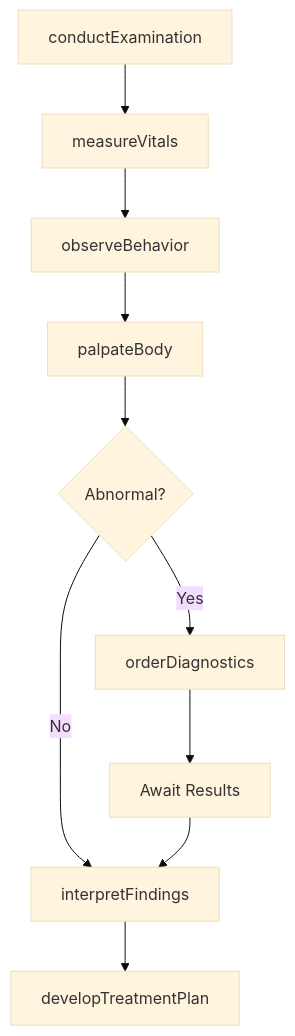
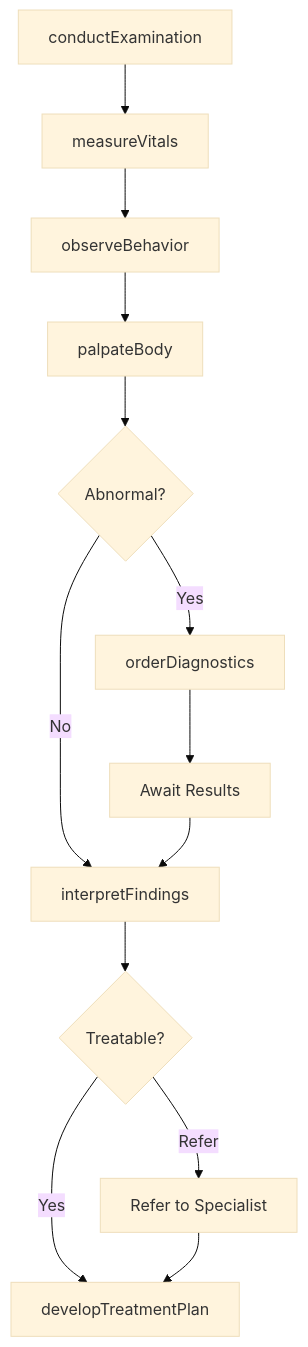
One commit to dot-org-ai/tasks.org.ai changed the third of 4 diagrams in InspectingEquipmentStructuresOrMaterials/ExaminePeopleOrAnimalsToAssessHealthConditionsOrPhysicalCharacteristics/ExamineAnimalsDetectIllnessInjury.mdx. Above: the diagram before and after it, drawn with Mermaid (base theme). The commit also changed other lines of this file and 504 other files, not shown here.

First line of the commit message:
feat: Add ER diagrams, state diagrams, and workflow improvements to 96 DWA task files

````diff
--- a/InspectingEquipmentStructuresOrMaterials/ExaminePeopleOrAnimalsToAssessHealthConditionsOrPhysicalCharacteristics/ExamineAnimalsDetectIllnessInjury.mdx
+++ b/InspectingEquipmentStructuresOrMaterials/ExaminePeopleOrAnimalsToAssessHealthConditionsOrPhysicalCharacteristics/ExamineAnimalsDetectIllnessInjury.mdx
@@ -87,12 +115,15 @@
 ```mermaid
 graph TD
     A[conductExamination] --> B[measureVitals]
     B --> C[observeBehavior]
     C --> D[palpateBody]
     D --> E{Abnormal?}
     E -->|Yes| F[orderDiagnostics]
     E -->|No| G[interpretFindings]
     F --> H[Await Results]
     H --> G
-    G --> I[developTreatmentPlan]
+    G --> I{Treatable?}
+    I -->|Yes| J[developTreatmentPlan]
+    I -->|Refer| K[Refer to Specialist]
+    K --> J
 ```
````
